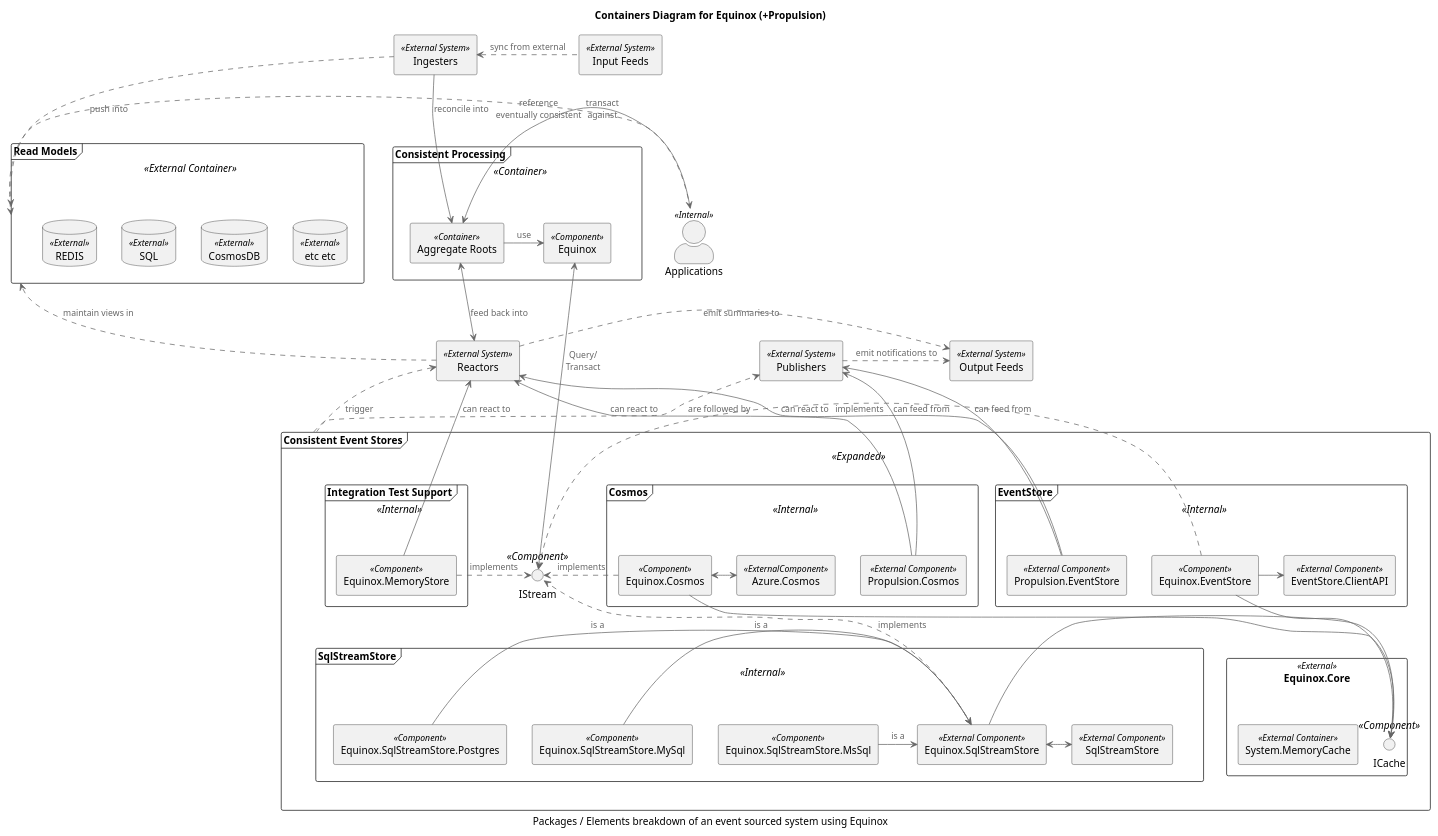
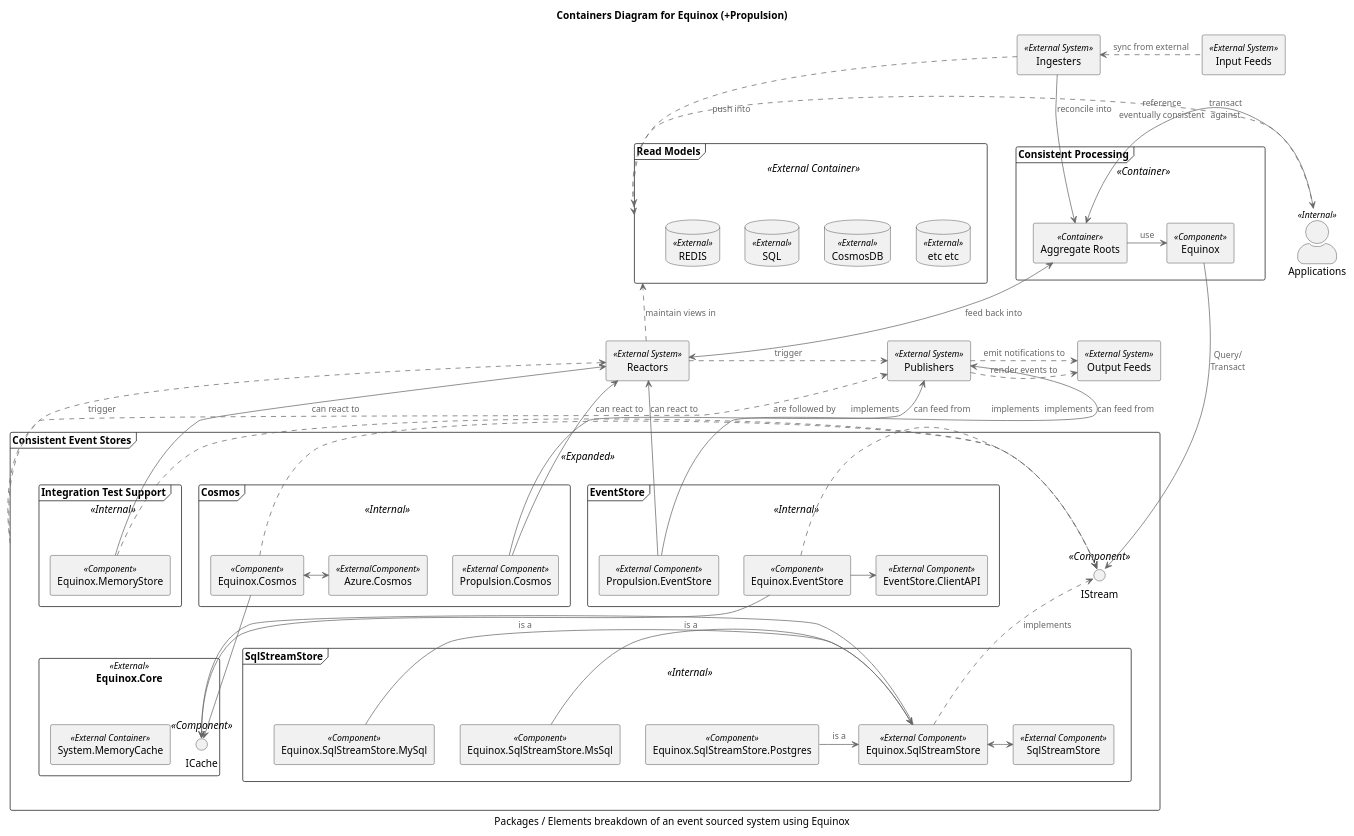
One commit to jet/equinox changed the diagram in diagrams/container.puml. Above: the diagram before and after it, drawn with PlantUML. The commit also changed 5 other files, not shown here.

```diff
--- a/diagrams/container.puml
+++ b/diagrams/container.puml
@@ -1,106 +1,107 @@
 @startuml
 !includeurl https://raw.githubusercontent.com/skleanthous/C4-PlantumlSkin/master/build/output/c4.puml
 
 title Containers Diagram for Equinox (+Propulsion)
 caption Packages / Elements breakdown of an event sourced system using Equinox
 
 rectangle "Ingesters" as ingesters <<External System>> 
 rectangle "Input Feeds" as inputs <<External System>> 
 actor "Applications" as apps <<Internal>>
 
 together {
     frame "Consistent Processing" <<Container>> as services {
         rectangle "Equinox" <<Component>> as equinox
         rectangle "Aggregate Roots" as aggs <<Container>>
     }
     frame "Read Models" <<External Container>> as caches {
         database "REDIS"    as red <<External>>
         database "SQL"      as sql <<External>>
         database "CosmosDB" as cdb <<External>>
         database "etc etc"  as etc <<External>>
     }
 }
 
 frame "Consistent Event Stores" as stores <<Expanded>> {
     frame "Cosmos" as cosmos <<Internal>> {
         rectangle "Equinox.Cosmos" <<Component>> as cs
         rectangle "Propulsion.Cosmos" <<External Component>> as cr
         rectangle "Azure.Cosmos" <<ExternalComponent>> as cc
     }
     frame "EventStore" <<Internal>> {
         rectangle "Equinox.EventStore" <<Component>> as es
         rectangle "Propulsion.EventStore" <<External Component>> as er
         rectangle "EventStore.ClientAPI" <<External Component>> as esc
     }
     frame "Integration Test Support" <<Internal>> {
         rectangle "Equinox.MemoryStore" <<Component>> as ms 
     }
     interface IStream <<Component>>
     rectangle "Equinox.Core" as core <<External>> {
         rectangle "System.MemoryCache" <<External Container>>
         interface ICache <<Component>>
     }
     frame "SqlStreamStore" as ssss <<Internal>> {
         rectangle "Equinox.SqlStreamStore.MsSql" <<Component>> as ssm
         rectangle "Equinox.SqlStreamStore.MySql" <<Component>> as ssy
         rectangle "Equinox.SqlStreamStore.Postgres" <<Component>> as ssp
         rectangle "Equinox.SqlStreamStore" <<External Component>> as sss
         rectangle "SqlStreamStore" <<External Component>>
     }
 }
 
 rectangle "Reactors" as reactors <<External System>> 
 rectangle "Publishers" as publishers <<External System>> 
 rectangle "Output Feeds" as outputs <<External System>> 
 
 apps         .> caches     : reference\neventually consistent
 apps        <-> aggs       : transact\nagainst
 
 aggs         -> equinox    : use
-equinox     <-> IStream    : Query/\nTransact
+equinox      -> IStream    : Query/\nTransact
 
 stores     .>   publishers : are followed by
 stores     .U.> reactors   : trigger
 
 ingesters  <.   inputs     : sync from external
 ingesters    -> aggs       : reconcile into
 ingesters    .> caches     : push into
 
 reactors  <-U-> aggs       : feed back into
-reactors     .> outputs    : emit summaries to
 reactors     .> caches     : maintain views in
 reactors   <-   ms         : can react to
 reactors   <-   cr         : can react to
-reactors   <-   er        : can react to
+reactors   <-   er         : can react to
+reactors     .> publishers : trigger
 
 publishers   .> outputs    : emit notifications to
-publishers <--  cr        : can feed from
-publishers <--  er        : can feed from
+publishers   .> outputs    : render events to
+publishers <--  cr         : can feed from
+publishers <--  er         : can feed from
 
 ms           .> IStream    : implements
 es           -> ICache
 es           .> IStream    : implements
 es           -> esc
 cs          --> ICache
 cs           .> IStream    : implements
 cs          <-> cc
 sss          -> ICache
 sss          .> IStream    : implements
 
 ssm          -> sss        : is a
 ssy          -> sss        : is a
 ssp          -> sss        : is a
 sss         <-> SqlStreamStore
 
 services   -[hidden]D-> reactors
 
 ingesters  -[hidden]D-> services
 publishers -[hidden]D-> es
 
 IStream    -[hidden]D-> ssss
 
 red        -[hidden]R-> sql
 sql        -[hidden]R-> cdb
 cdb        -[hidden]R-> etc
 
 @enduml
```
